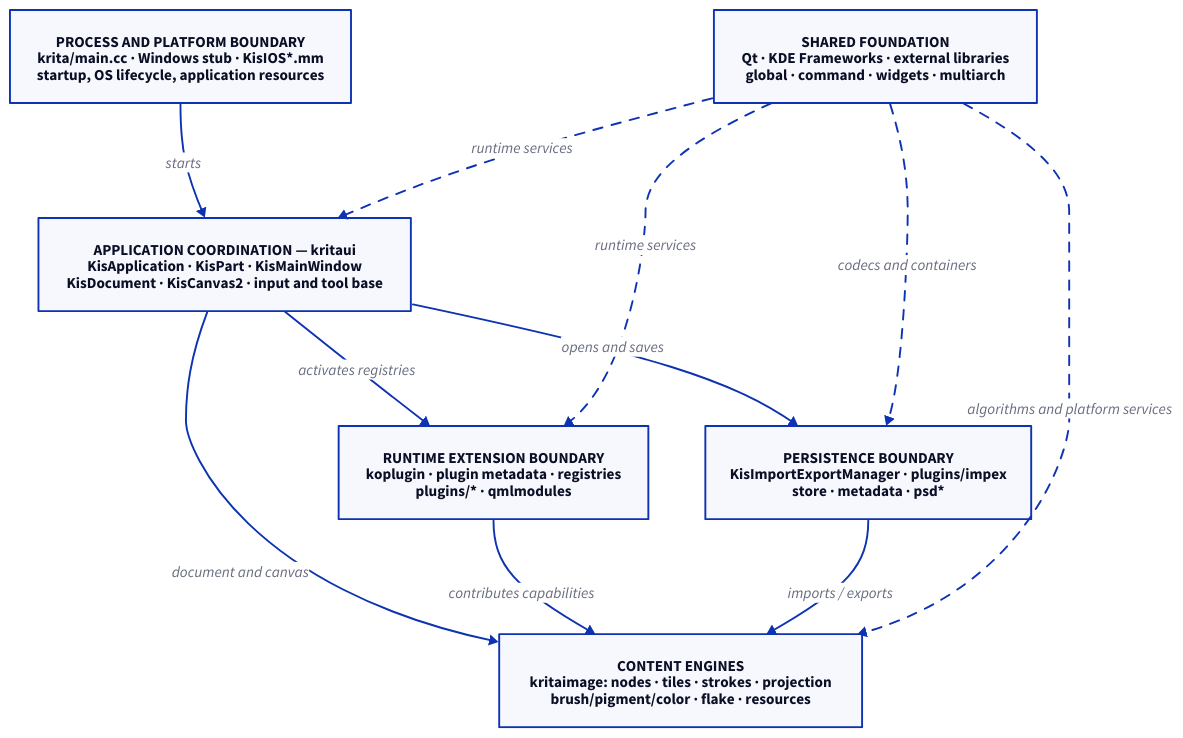
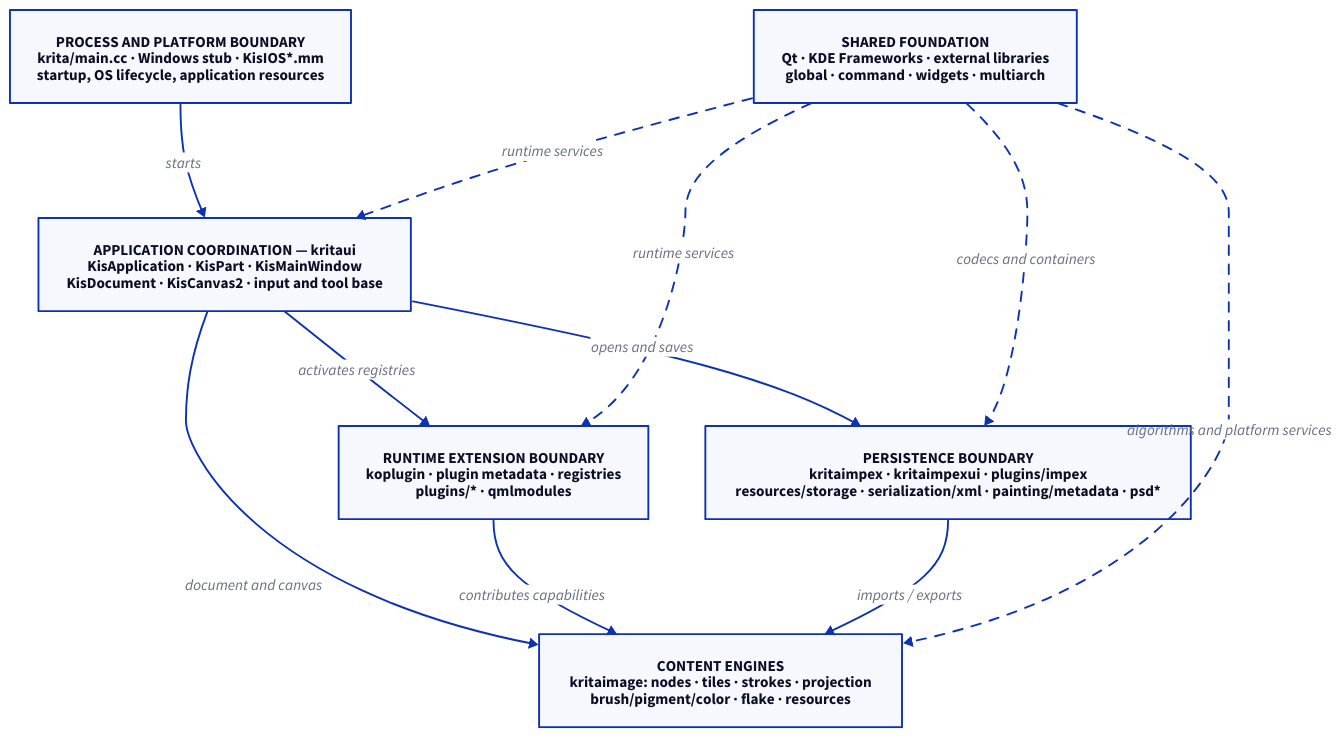
Before and after one commit to serika12345/librepaint: the diagram in docs/architecture/code-architecture.d2, drawn with D2. The commit also changed 131 other files, not shown here.

First line of the commit message:
Separate import and export ownership from the UI package

```diff
--- a/docs/architecture/code-architecture.d2
+++ b/docs/architecture/code-architecture.d2
@@ -1,32 +1,32 @@
 direction: down
 
 platform: "PROCESS AND PLATFORM BOUNDARY\nkrita/main.cc · Windows stub · KisIOS*.mm\nstartup, OS lifecycle, application resources"
 
 application: "APPLICATION COORDINATION — kritaui\nKisApplication · KisPart · KisMainWindow\nKisDocument · KisCanvas2 · input and tool base"
 
 extensions: "RUNTIME EXTENSION BOUNDARY\nkoplugin · plugin metadata · registries\nplugins/* · qmlmodules"
 
 engines: "CONTENT ENGINES\nkritaimage: nodes · tiles · strokes · projection\nbrush/pigment/color · flake · resources"
 
-persistence: "PERSISTENCE BOUNDARY\nKisImportExportManager · plugins/impex\nstore · metadata · psd*"
+persistence: "PERSISTENCE BOUNDARY\nkritaimpex · kritaimpexui · plugins/impex\nresources/storage · serialization/xml · painting/metadata · psd*"
 
 foundation: "SHARED FOUNDATION\nQt · KDE Frameworks · external libraries\nglobal · command · widgets · multiarch"
 
 platform -> application: starts
 application -> extensions: activates registries
 application -> engines: document and canvas
 extensions -> engines: contributes capabilities
 application -> persistence: opens and saves
 persistence -> engines: imports / exports
 foundation -> application: runtime services {
   style.stroke-dash: 5
 }
 foundation -> extensions: runtime services {
   style.stroke-dash: 5
 }
 foundation -> engines: algorithms and platform services {
   style.stroke-dash: 5
 }
 foundation -> persistence: codecs and containers {
   style.stroke-dash: 5
 }
```
